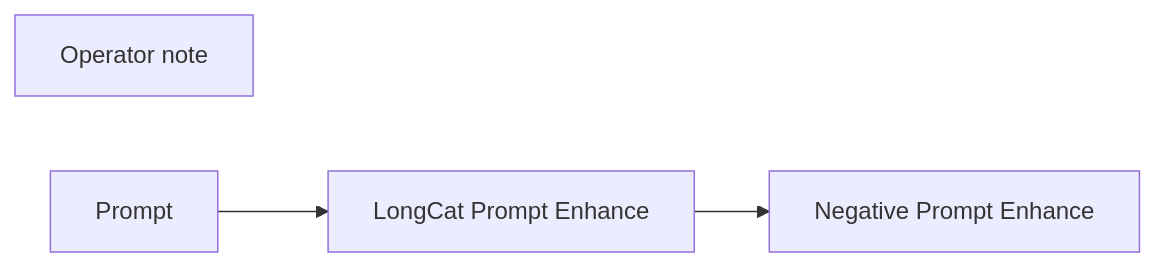
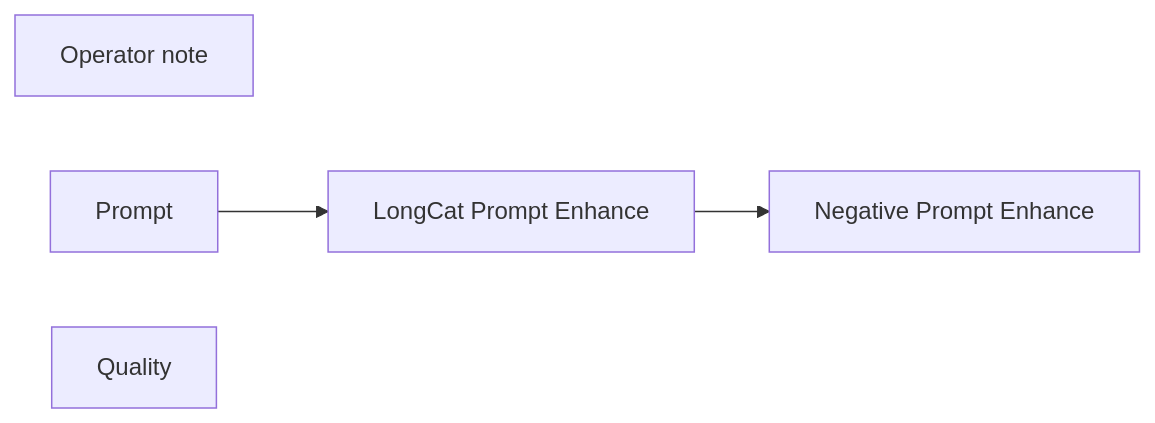
One commit to toxicoder/ez-comfy-stack changed the diagram in docs/generated/workflows/optional/longcat-video.md. Above: the diagram before and after it, drawn with Mermaid. The commit also changed other lines of this file and 644 other files, not shown here.

````diff
--- a/docs/generated/workflows/optional/longcat-video.md
+++ b/docs/generated/workflows/optional/longcat-video.md
@@ -53,9 +53,10 @@
 ```mermaid
 flowchart LR
   N1["Operator note"]
   N2["Prompt"]
   N3["LongCat Prompt Enhance"]
   N4["Negative Prompt Enhance"]
+  N5["Quality"]
   N2 --> N3
   N3 --> N4
 ```
````
